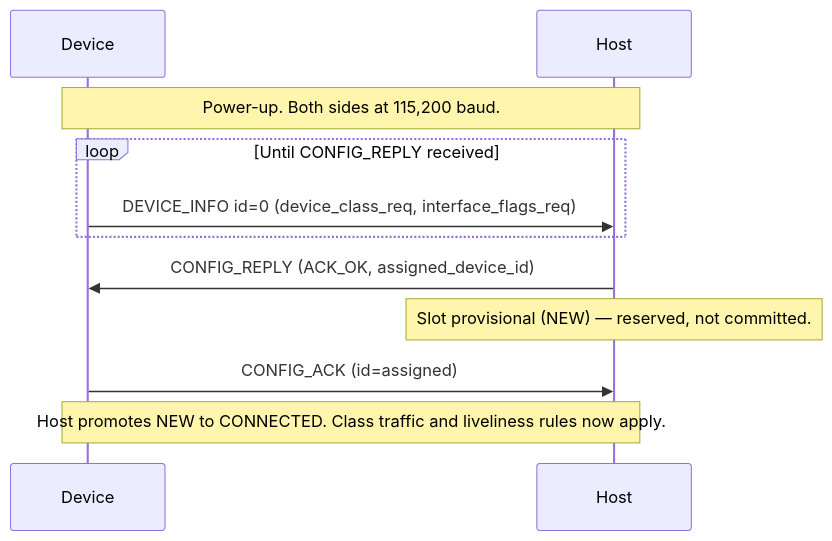
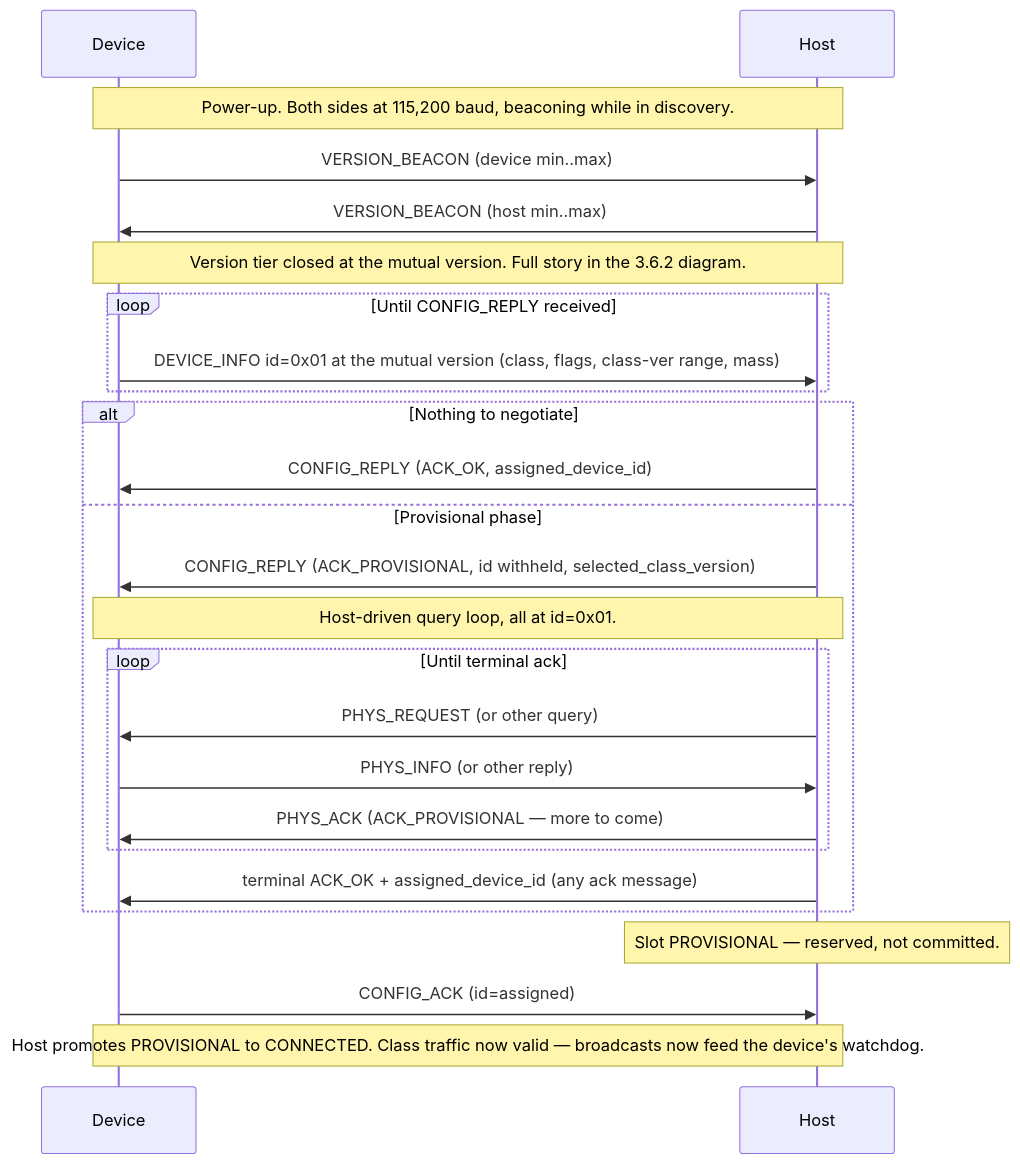
The first of 2 diagrams in spec/APEX_Core.md (Neros-Technologies/APEX), drawn with Mermaid before and after one commit. The commit also changed other lines of this file and 32 other files, not shown here.

````diff
--- a/spec/APEX_Core.md
+++ b/spec/APEX_Core.md
@@ -383,13 +896,27 @@
 ```mermaid
 sequenceDiagram
     participant D as Device
     participant H as Host
-    Note over D,H: Power-up. Both sides at 115,200 baud.
+    Note over D,H: Power-up. Both sides at 115,200 baud, beaconing while in discovery.
+    D->>H: VERSION_BEACON (device min..max)
+    H->>D: VERSION_BEACON (host min..max)
+    Note over D,H: Version tier closed at the mutual version. Full story in the 3.6.2 diagram.
     loop Until CONFIG_REPLY received
-        D->>H: DEVICE_INFO id=0 (device_class_req, interface_flags_req)
+        D->>H: DEVICE_INFO id=0x01 at the mutual version (class, flags, class-ver range, mass)
     end
-    H->>D: CONFIG_REPLY (ACK_OK, assigned_device_id)
-    Note over H: Slot provisional (NEW) — reserved, not committed.
+    alt Nothing to negotiate
+        H->>D: CONFIG_REPLY (ACK_OK, assigned_device_id)
+    else Provisional phase
+        H->>D: CONFIG_REPLY (ACK_PROVISIONAL, id withheld, selected_class_version)
+        Note over D,H: Host-driven query loop, all at id=0x01.
+        loop Until terminal ack
+            H->>D: PHYS_REQUEST (or other query)
+            D->>H: PHYS_INFO (or other reply)
+            H->>D: PHYS_ACK (ACK_PROVISIONAL — more to come)
+        end
+        H->>D: terminal ACK_OK + assigned_device_id (any ack message)
+    end
+    Note over H: Slot PROVISIONAL — reserved, not committed.
     D->>H: CONFIG_ACK (id=assigned)
-    Note over D,H: Host promotes NEW to CONNECTED. Class traffic and liveliness rules now apply.
+    Note over D,H: Host promotes PROVISIONAL to CONNECTED. Class traffic now valid — broadcasts now feed the device's watchdog.
 ```
````
